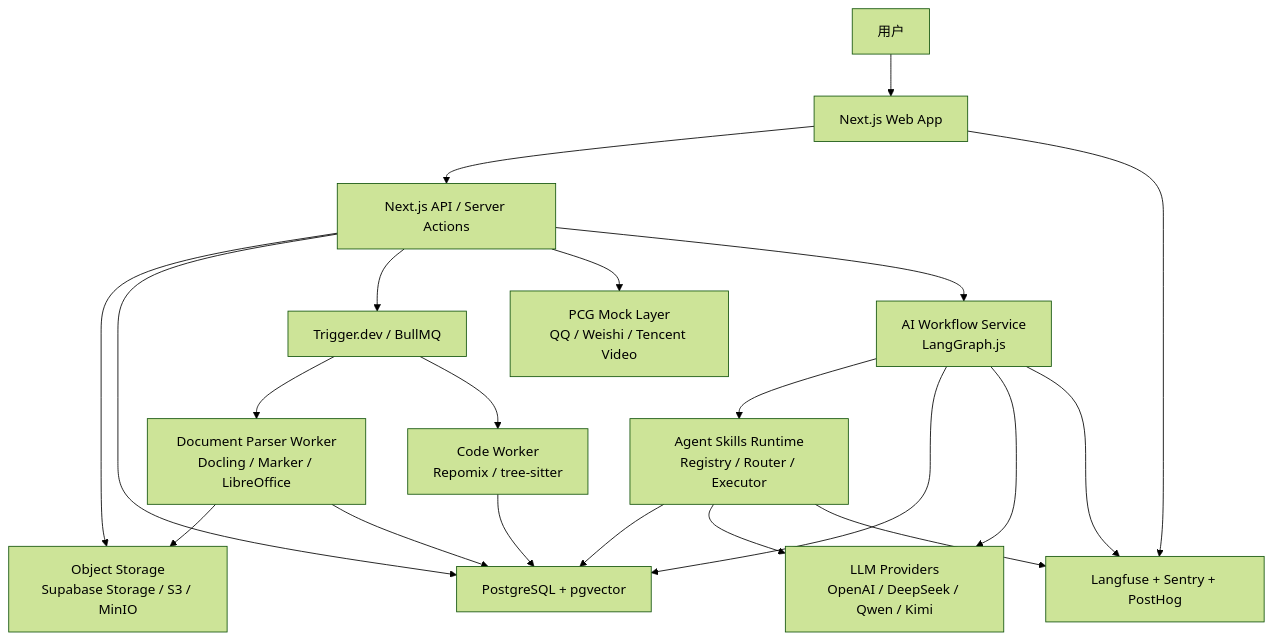
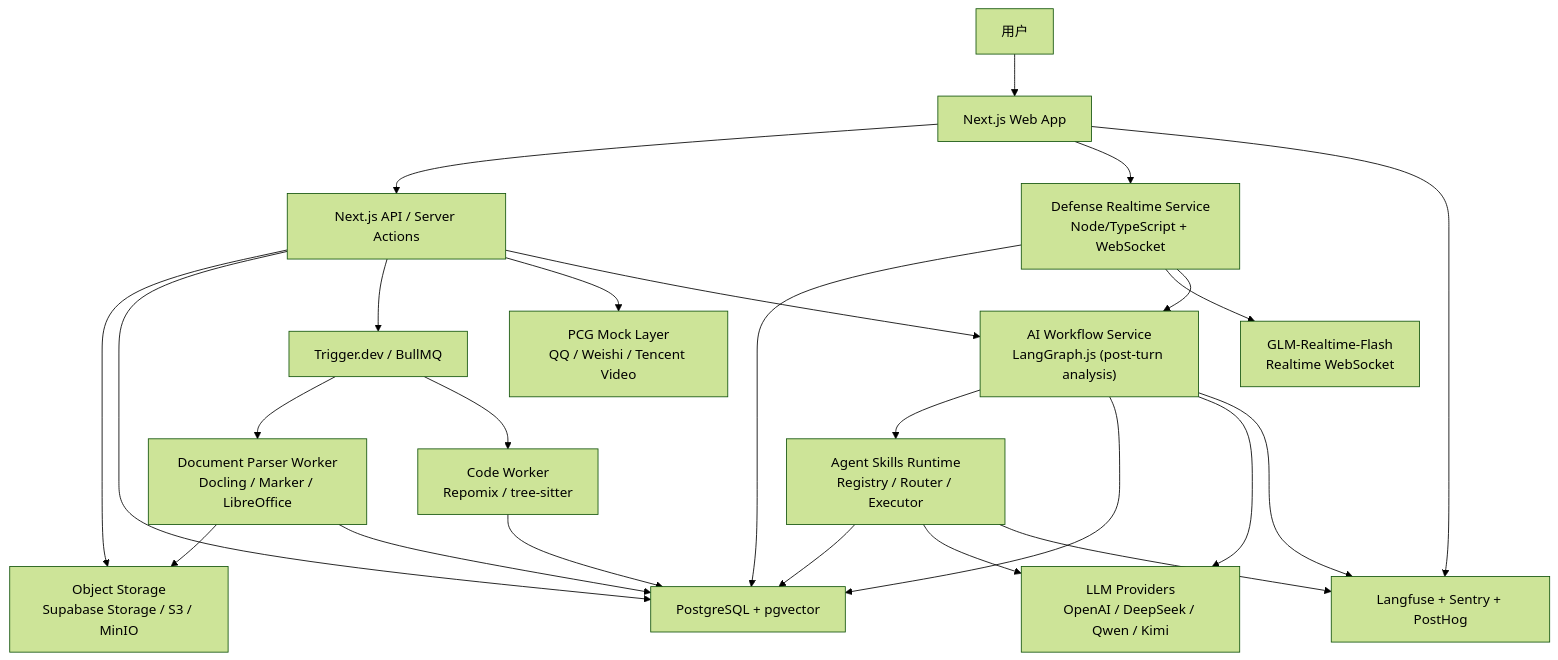
The diagram in docs/technical/2026-04-26-presento-technical-plan.md (forever-ivy/Presento), drawn with Mermaid (forest theme) before and after one commit. The commit also changed other lines of this file and 135 other files, not shown here.

````diff
--- a/docs/technical/2026-04-26-presento-technical-plan.md
+++ b/docs/technical/2026-04-26-presento-technical-plan.md
@@ -304,37 +306,43 @@
 ```mermaid
 flowchart TB
   User["用户"]
   Web["Next.js Web App"]
   API["Next.js API / Server Actions"]
+  Realtime["Defense Realtime Service\nNode/TypeScript + WebSocket"]
   Storage["Object Storage\nSupabase Storage / S3 / MinIO"]
   DB["PostgreSQL + pgvector"]
   Queue["Trigger.dev / BullMQ"]
   DocWorker["Document Parser Worker\nDocling / Marker / LibreOffice"]
   CodeWorker["Code Worker\nRepomix / tree-sitter"]
-  AIGraph["AI Workflow Service\nLangGraph.js"]
+  AIGraph["AI Workflow Service\nLangGraph.js (post-turn analysis)"]
   Skills["Agent Skills Runtime\nRegistry / Router / Executor"]
+  GLM["GLM-Realtime-Flash\nRealtime WebSocket"]
   PcgMock["PCG Mock Layer\nQQ / Weishi / Tencent Video"]
   LLM["LLM Providers\nOpenAI / DeepSeek / Qwen / Kimi"]
   Obs["Langfuse + Sentry + PostHog"]
 
   User --> Web
   Web --> API
+  Web --> Realtime
   API --> Storage
   API --> DB
   API --> Queue
   API --> PcgMock
+  Realtime --> DB
+  Realtime --> GLM
+  Realtime --> AIGraph
   Queue --> DocWorker
   Queue --> CodeWorker
   DocWorker --> Storage
   DocWorker --> DB
   CodeWorker --> DB
   API --> AIGraph
   AIGraph --> Skills
   Skills --> DB
   Skills --> LLM
   AIGraph --> DB
   AIGraph --> LLM
   AIGraph --> Obs
   Skills --> Obs
   Web --> Obs
 ```
````
